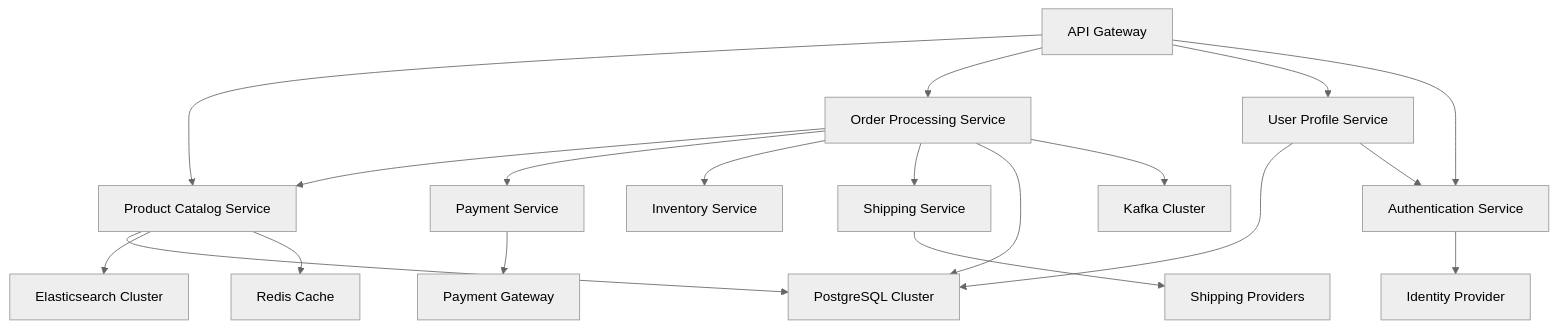
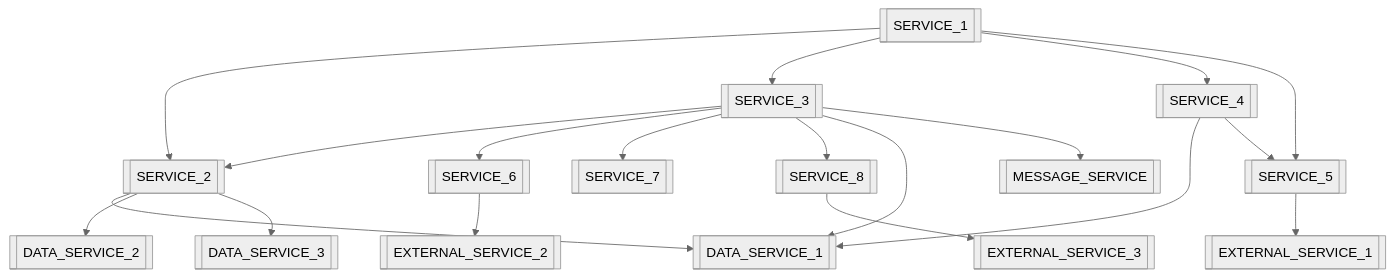
One commit to HirundoDev/prompt-manager-lite-v changed the diagram in prompt-manager-lite-v/real_structure_documentation/docs/DOC023-BackendManifest.md. Above: the diagram before and after it, drawn with Mermaid (neutral theme). The commit also changed other lines of this file and 43 other files, not shown here.

````diff
--- a/prompt-manager-lite-v/real_structure_documentation/docs/DOC023-BackendManifest.md
+++ b/prompt-manager-lite-v/real_structure_documentation/docs/DOC023-BackendManifest.md
@@ -861,27 +861,27 @@
 ```mermaid
 graph TD
-    A[API Gateway] --> B[Product Catalog Service]
-    A --> C[Order Processing Service]
-    A --> D[User Profile Service]
-    A --> E[Authentication Service]
+    A[[SERVICE_1]] --> B[[SERVICE_2]]
+    A --> C[[SERVICE_3]]
+    A --> D[[SERVICE_4]]
+    A --> E[[SERVICE_5]]
     
     C --> B
-    C --> F[Payment Service]
-    C --> G[Inventory Service]
-    C --> H[Shipping Service]
+    C --> F[[SERVICE_6]]
+    C --> G[[SERVICE_7]]
+    C --> H[[SERVICE_8]]
     
-    B --> I[PostgreSQL Cluster]
-    B --> J[Elasticsearch Cluster]
-    B --> K[Redis Cache]
+    B --> I[[DATA_SERVICE_1]]
+    B --> J[[DATA_SERVICE_2]]
+    B --> K[[DATA_SERVICE_3]]
     
     C --> I
-    C --> L[Kafka Cluster]
+    C --> L[[MESSAGE_SERVICE]]
     
     D --> I
     D --> E
     
-    E --> M[Identity Provider]
+    E --> M[[EXTERNAL_SERVICE_1]]
     
-    F --> N[Payment Gateway]
-    H --> O[Shipping Providers]
+    F --> N[[EXTERNAL_SERVICE_2]]
+    H --> O[[EXTERNAL_SERVICE_3]]
 ```
````
